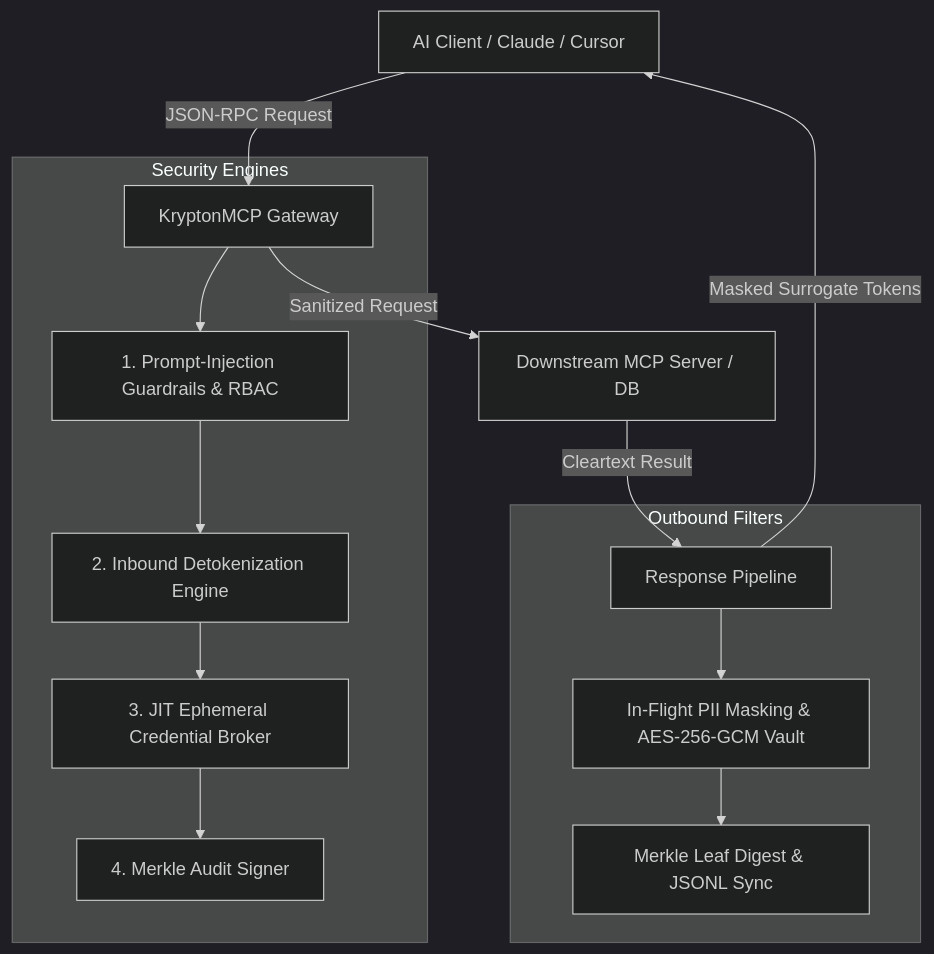
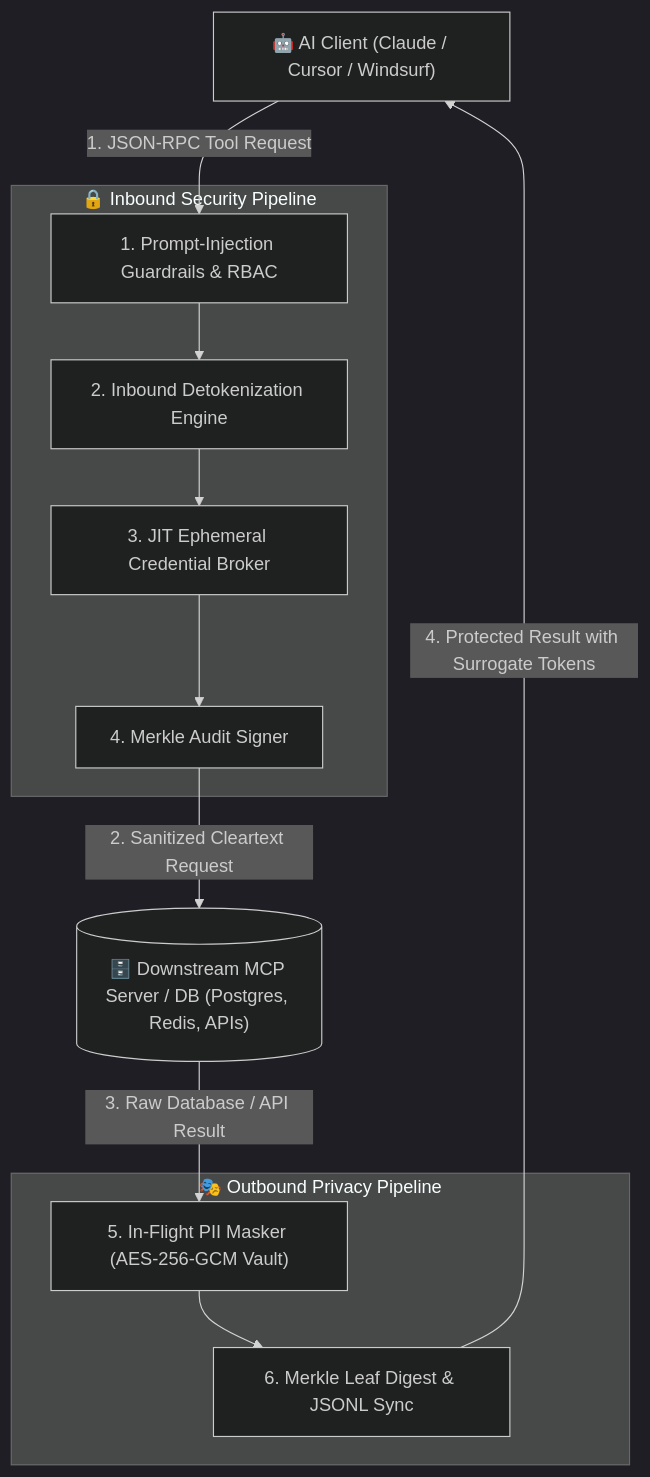
One commit to MuhammetEmirErkut/krypton-mcp changed the diagram in README.md. Above: the diagram before and after it, drawn with Mermaid (dark theme).

Commit message:
docs(readme): fix Mermaid security pipeline request/response flow

````diff
--- a/README.md
+++ b/README.md
@@ -44,21 +44,25 @@
 ```mermaid
-graph TD
-    Client[AI Client / Claude / Cursor] -->|JSON-RPC Request| Proxy[KryptonMCP Gateway]
-    
-    subgraph Security Engines
-        Proxy --> G[1. Prompt-Injection Guardrails & RBAC]
-        G --> M1[2. Inbound Detokenization Engine]
-        M1 --> B[3. JIT Ephemeral Credential Broker]
-        B --> A1[4. Merkle Audit Signer]
+flowchart TD
+    Client["🤖 AI Client (Claude / Cursor / Windsurf)"]
+
+    subgraph InboundPipeline["🔒 Inbound Security Pipeline"]
+        G["1. Prompt-Injection Guardrails & RBAC"]
+        D["2. Inbound Detokenization Engine"]
+        B["3. JIT Ephemeral Credential Broker"]
+        A1["4. Merkle Audit Signer"]
+        G --> D --> B --> A1
     end
-    
-    Proxy -->|Sanitized Request| Downstream[Downstream MCP Server / DB]
-    Downstream -->|Cleartext Result| Outbound[Response Pipeline]
-    
-    subgraph Outbound Filters
-        Outbound --> M2[In-Flight PII Masking & AES-256-GCM Vault]
-        M2 --> A2[Merkle Leaf Digest & JSONL Sync]
+
+    Downstream[("🗄️ Downstream MCP Server / DB (Postgres, Redis, APIs)")]
+
+    subgraph OutboundPipeline["🎭 Outbound Privacy Pipeline"]
+        M["5. In-Flight PII Masker (AES-256-GCM Vault)"]
+        A2["6. Merkle Leaf Digest & JSONL Sync"]
+        M --> A2
     end
-    
-    Outbound -->|Masked Surrogate Tokens| Client
+
+    Client -->|"1. JSON-RPC Tool Request"| G
+    A1 -->|"2. Sanitized Cleartext Request"| Downstream
+    Downstream -->|"3. Raw Database / API Result"| M
+    A2 -->|"4. Protected Result with Surrogate Tokens"| Client
 ```
````
